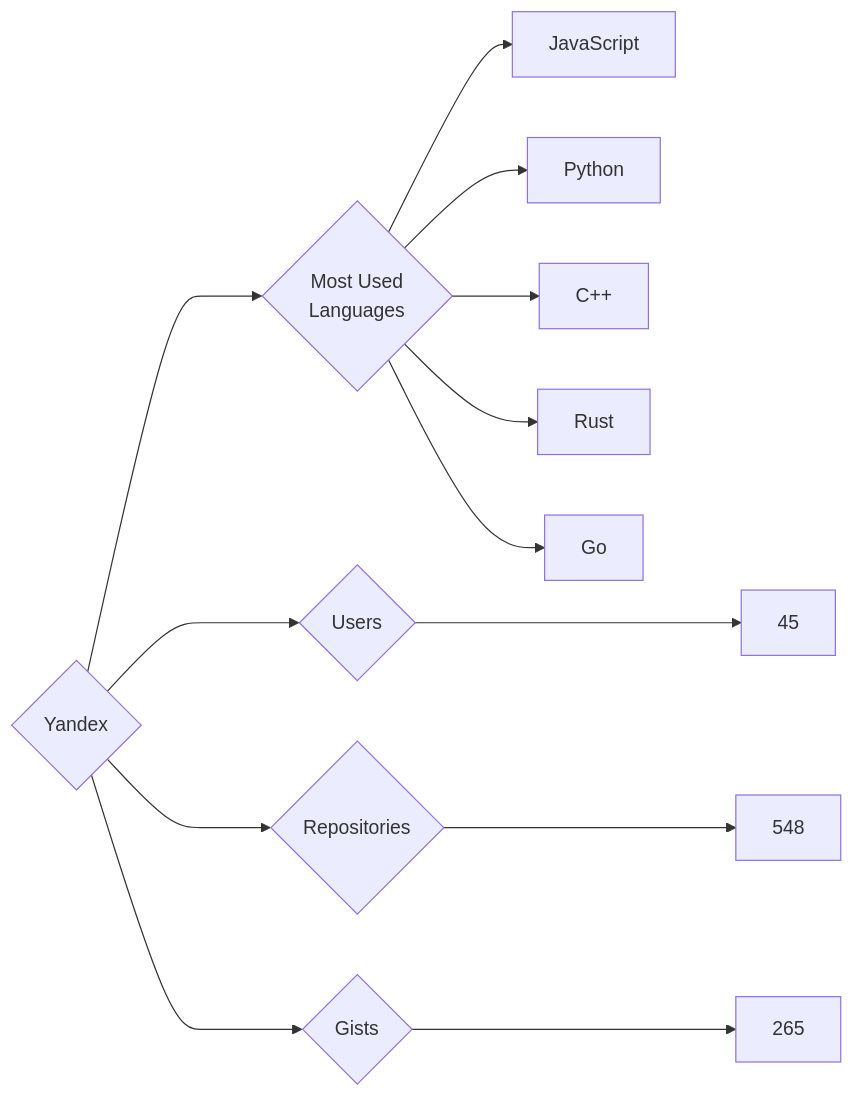
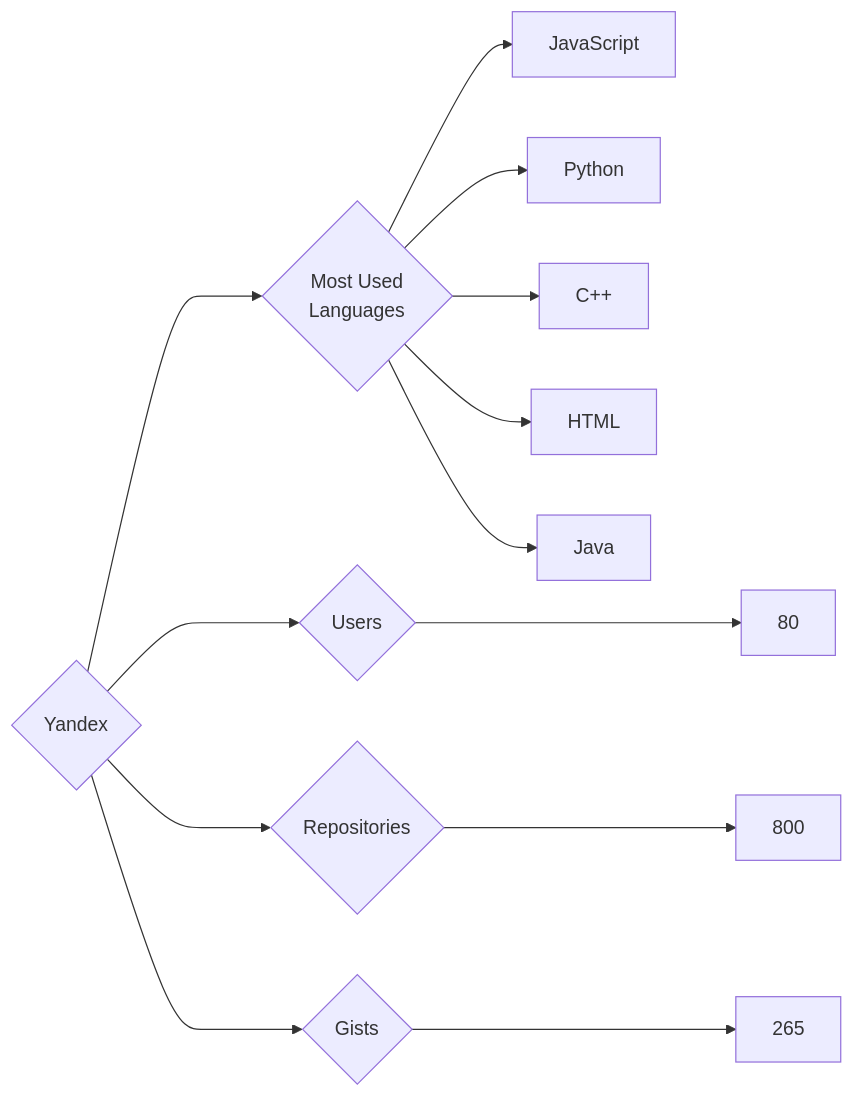
Before and after one commit to trickest/insiders: the diagram in targets/Yandex/README.md, drawn with Mermaid. The commit also changed 681 other files, not shown here.

````diff
--- a/targets/Yandex/README.md
+++ b/targets/Yandex/README.md
@@ -3,13 +3,13 @@
 ```mermaid
 graph LR
 COMPANY_NAME{Yandex}
-COMPANY_NAME ---> U{Users} ---> UN[45]
-COMPANY_NAME ---> R{Repositories} ---> RN[548]
+COMPANY_NAME ---> U{Users} ---> UN[80]
+COMPANY_NAME ---> R{Repositories} ---> RN[800]
 COMPANY_NAME ---> G{Gists} ---> GN[265]
 COMPANY_NAME ---> ML{Most Used<br>Languages}
 ML --> JavaScript[JavaScript]
 ML --> Python[Python]
 ML --> C++[C++]
-ML --> Rust[Rust]
-ML --> Go[Go]
+ML --> HTML[HTML]
+ML --> Java[Java]
 ```
````
